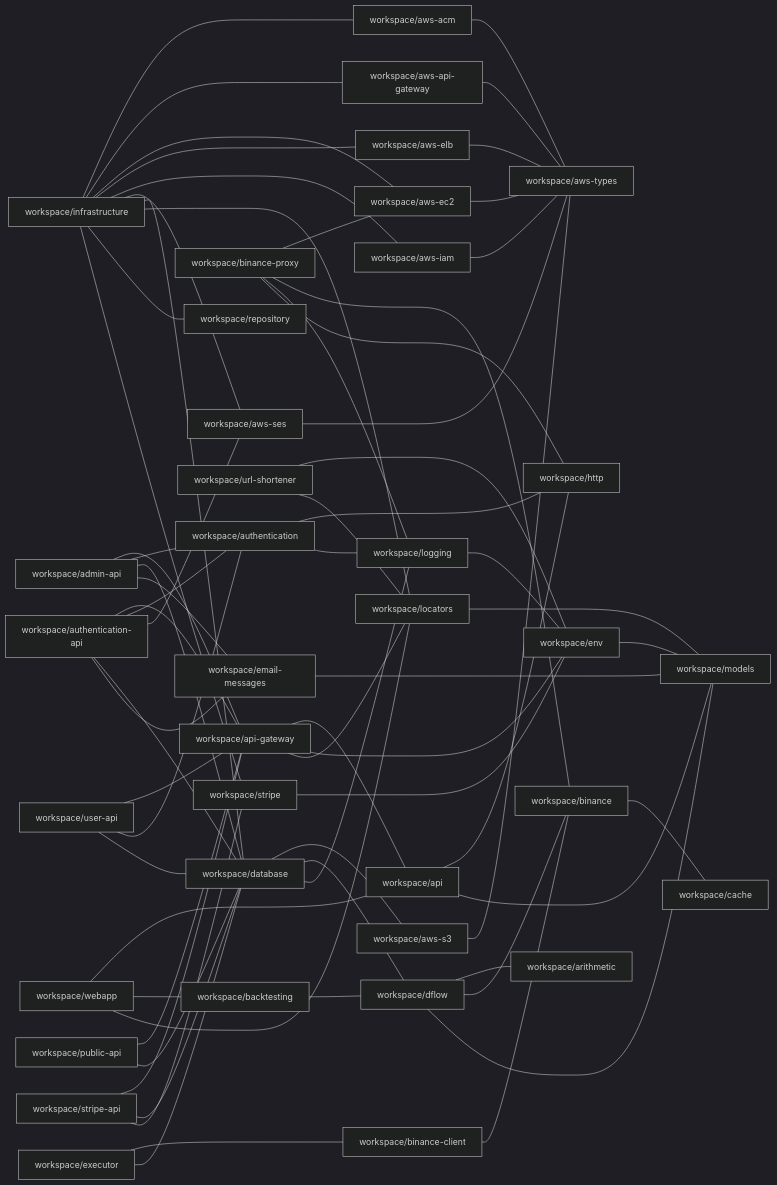
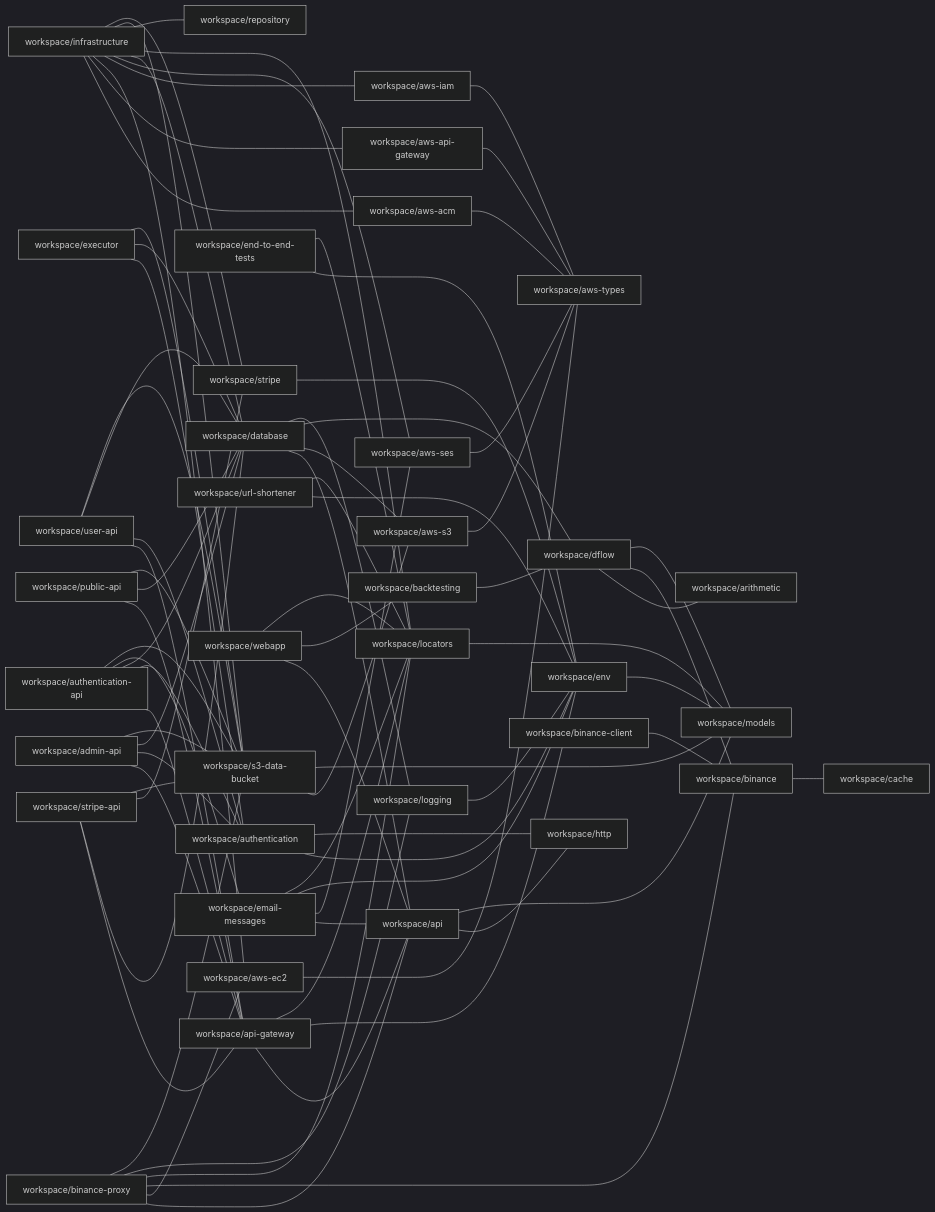
One commit to ggbot-org/ggbot changed the diagram in docs/npm-dependencies.md. Above: the diagram before and after it, drawn with Mermaid (dark theme). The commit also changed 132 other files, not shown here.

````diff
--- a/docs/npm-dependencies.md
+++ b/docs/npm-dependencies.md
@@ -5,69 +5,82 @@
 ```mermaid
 graph LR
     workspace/admin-api --- workspace/api-gateway
     workspace/admin-api --- workspace/authentication
     workspace/admin-api --- workspace/database
-    workspace/admin-api --- workspace/email-messages
+    workspace/admin-api --- workspace/s3-data-bucket
     workspace/api --- workspace/http
     workspace/api --- workspace/models
     workspace/api-gateway --- workspace/api
     workspace/api-gateway --- workspace/env
     workspace/api-gateway --- workspace/locators
+    workspace/authentication --- workspace/env
     workspace/authentication --- workspace/http
-    workspace/authentication --- workspace/logging
     workspace/authentication-api --- workspace/api-gateway
     workspace/authentication-api --- workspace/authentication
-    workspace/authentication-api --- workspace/aws-ses
     workspace/authentication-api --- workspace/database
     workspace/authentication-api --- workspace/email-messages
+    workspace/authentication-api --- workspace/s3-data-bucket
     workspace/aws-acm --- workspace/aws-types
     workspace/aws-api-gateway --- workspace/aws-types
     workspace/aws-ec2 --- workspace/aws-types
-    workspace/aws-elb --- workspace/aws-types
     workspace/aws-iam --- workspace/aws-types
     workspace/aws-s3 --- workspace/aws-types
     workspace/aws-ses --- workspace/aws-types
     workspace/backtesting --- workspace/dflow
     workspace/binance --- workspace/cache
     workspace/binance-client --- workspace/binance
+    workspace/binance-proxy --- workspace/api
     workspace/binance-proxy --- workspace/aws-ec2
     workspace/binance-proxy --- workspace/binance
+    workspace/binance-proxy --- workspace/locators
     workspace/binance-proxy --- workspace/logging
-    workspace/binance-proxy --- workspace/http
+    workspace/binance-proxy --- workspace/s3-data-bucket
+    workspace/database --- workspace/api
     workspace/database --- workspace/aws-s3
     workspace/database --- workspace/dflow
     workspace/database --- workspace/logging
     workspace/dflow --- workspace/arithmetic
     workspace/dflow --- workspace/binance
     workspace/dflow --- workspace/models
-    workspace/email-messages --- workspace/models
+    workspace/email-messages --- workspace/api
+    workspace/email-messages --- workspace/aws-ses
+    workspace/email-messages --- workspace/env
+    workspace/email-messages --- workspace/locators
+    workspace/end-to-end-tests --- workspace/env
+    workspace/end-to-end-tests --- workspace/locators
     workspace/env --- workspace/models
-    workspace/executor --- workspace/binance-client
+    workspace/executor --- workspace/authentication
     workspace/executor --- workspace/database
+    workspace/executor --- workspace/s3-data-bucket
     workspace/infrastructure --- workspace/aws-acm
     workspace/infrastructure --- workspace/aws-api-gateway
     workspace/infrastructure --- workspace/aws-ec2
-    workspace/infrastructure --- workspace/aws-elb
     workspace/infrastructure --- workspace/aws-iam
     workspace/infrastructure --- workspace/aws-ses
     workspace/infrastructure --- workspace/database
     workspace/infrastructure --- workspace/locators
     workspace/infrastructure --- workspace/repository
+    workspace/infrastructure --- workspace/s3-data-bucket
     workspace/infrastructure --- workspace/stripe
     workspace/locators --- workspace/models
     workspace/logging --- workspace/env
     workspace/public-api --- workspace/api-gateway
     workspace/public-api --- workspace/database
+    workspace/public-api --- workspace/s3-data-bucket
+    workspace/s3-data-bucket --- workspace/aws-s3
+    workspace/s3-data-bucket --- workspace/models
     workspace/stripe --- workspace/env
     workspace/stripe-api --- workspace/api-gateway
     workspace/stripe-api --- workspace/database
     workspace/stripe-api --- workspace/stripe
+    workspace/stripe-api --- workspace/s3-data-bucket
     workspace/url-shortener --- workspace/env
     workspace/url-shortener --- workspace/locators
     workspace/user-api --- workspace/api-gateway
     workspace/user-api --- workspace/authentication
     workspace/user-api --- workspace/database
+    workspace/user-api --- workspace/s3-data-bucket
     workspace/webapp --- workspace/api
     workspace/webapp --- workspace/backtesting
     workspace/webapp --- workspace/locators
 ```
````
